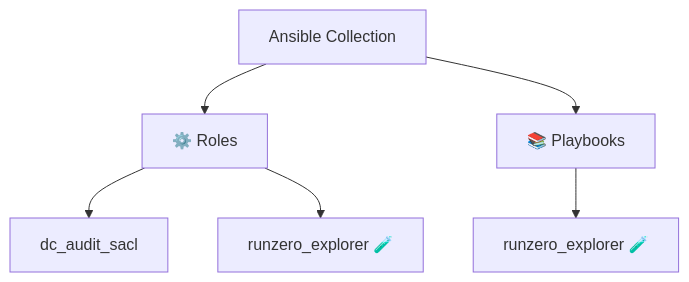
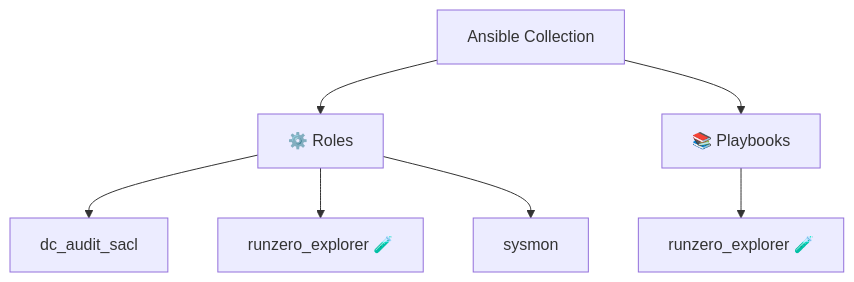
The diagram in README.md (l50/ansible-collection-bulwark), drawn with Mermaid before and after one commit. The commit also changed other lines of this file and 6 other files, not shown here.

````diff
--- a/README.md
+++ b/README.md
@@ -14,9 +14,10 @@
 ```mermaid
 graph TD
     Collection[Ansible Collection]
     Collection --> Roles[⚙️ Roles]
     Roles --> R0[dc_audit_sacl]
     Roles --> R1[runzero_explorer 🧪]
+    Roles --> R2[sysmon]
     Collection --> Playbooks[📚 Playbooks]
     Playbooks --> PB0[runzero_explorer 🧪]
 ```
````
